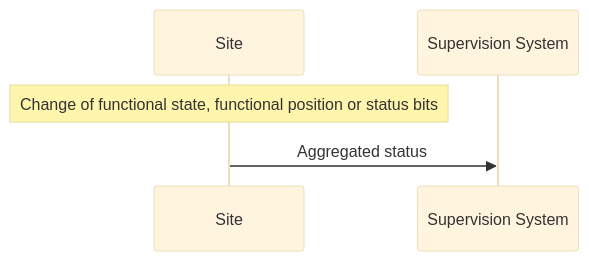
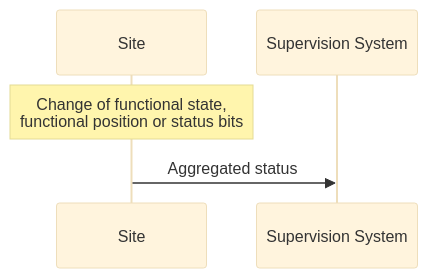
One commit to rsmp-nordic/rsmp_core changed the eighth of 16 diagrams in pages/applicability/basic_structure.md. Above: the diagram before and after it, drawn with Mermaid (base theme). The commit also changed other lines of this file and 5 other files, not shown here.

````diff
--- a/pages/applicability/basic_structure.md
+++ b/pages/applicability/basic_structure.md
@@ -628,7 +628,7 @@
 ```mermaid
 sequenceDiagram
     participant A as Site
     participant B as Supervision System
-    Note over A: Change of functional state, functional position or status bits
+    Note over A: Change of functional state,<br/>functional position or status bits
     A->>B: Aggregated status
 ```
````
